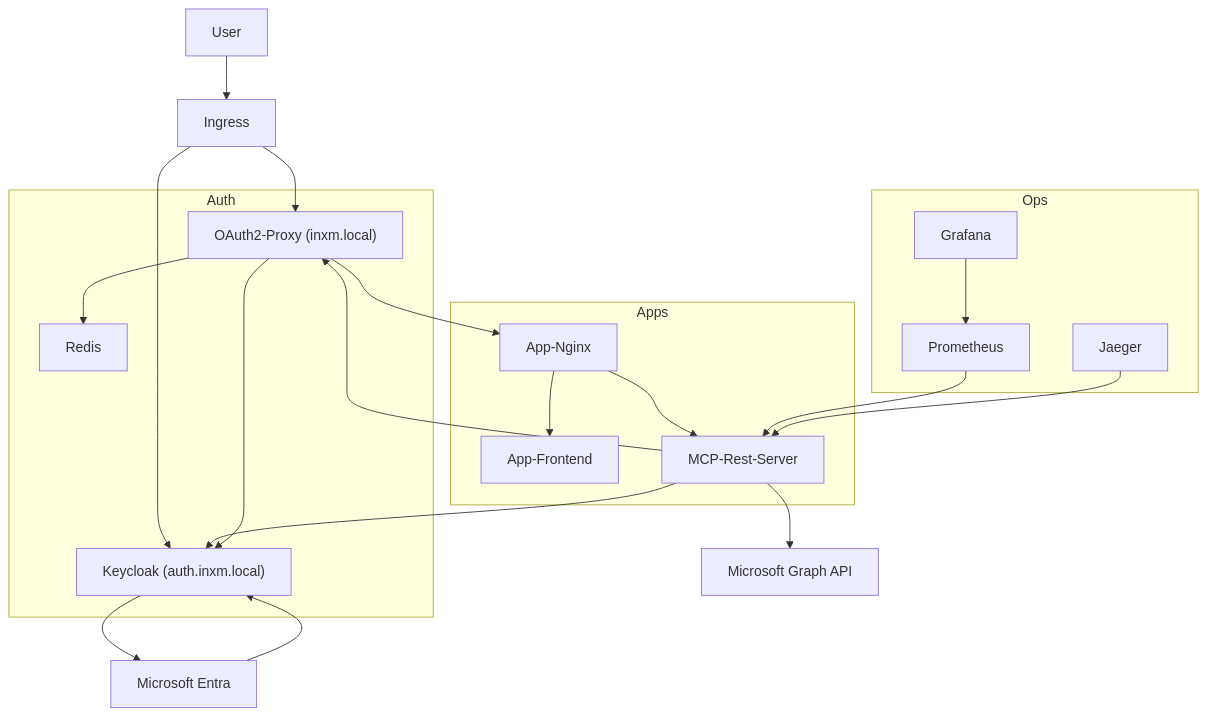
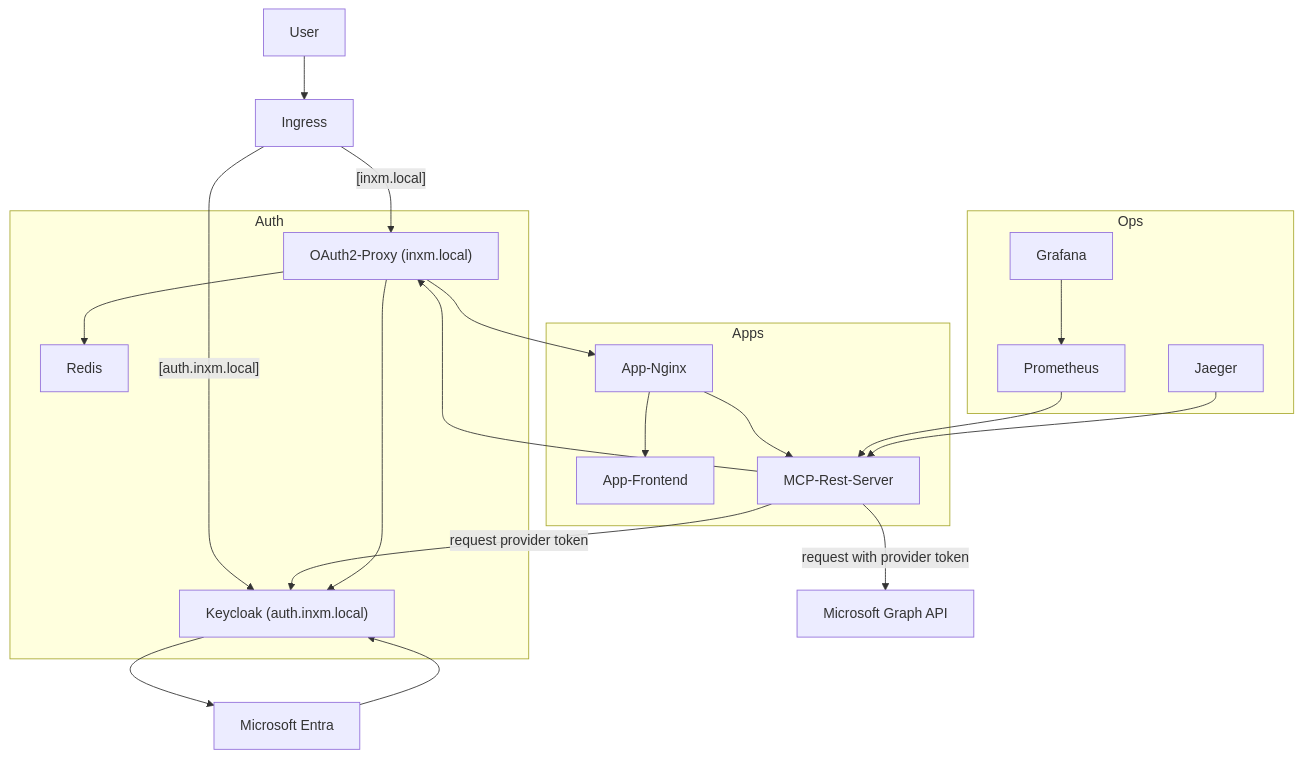
Before and after one commit to inxm-ai/enterprise-mcp-bridge: the first of 3 diagrams in example/token-exchange-m365/README.md, drawn with Mermaid.

Commit message:
Updated architectural drawing

````diff
--- a/example/token-exchange-m365/README.md
+++ b/example/token-exchange-m365/README.md
@@ -7,41 +7,41 @@
 ```mermaid
 graph TD
     subgraph Auth
         Keycloak["Keycloak (auth.inxm.local)"]
         OAuth2Proxy["OAuth2-Proxy (inxm.local)"]
         Redis[Redis]
     end
 
     subgraph Ops
         Jaeger[Jaeger]
         Grafana[Grafana]
         Prometheus[Prometheus]
     end
 
     subgraph Apps
         AppNginx[App-Nginx]
         AppFrontend[App-Frontend]
         AppMCPRest[MCP-Rest-Server]
     end
 
     Entra[Microsoft Entra]
     GraphAPI[Microsoft Graph API]
 
     User --> Ingress
-    Ingress --> OAuth2Proxy
-    Ingress --> Keycloak
+    Ingress --[inxm.local]--> OAuth2Proxy
+    Ingress --[auth.inxm.local]--> Keycloak
     AppNginx --> AppFrontend
     AppNginx --> AppMCPRest
     AppMCPRest --> OAuth2Proxy
-    AppMCPRest --> Keycloak
+    AppMCPRest --request provider token--> Keycloak
     OAuth2Proxy --> Keycloak
     OAuth2Proxy --> Redis
     OAuth2Proxy --> AppNginx
     Keycloak --> Entra
     Entra --> Keycloak
-    AppMCPRest --> GraphAPI
+    AppMCPRest --request with provider token--> GraphAPI
 
     Prometheus --> AppMCPRest
     Jaeger --> AppMCPRest
     Grafana --> Prometheus
 ```
````
